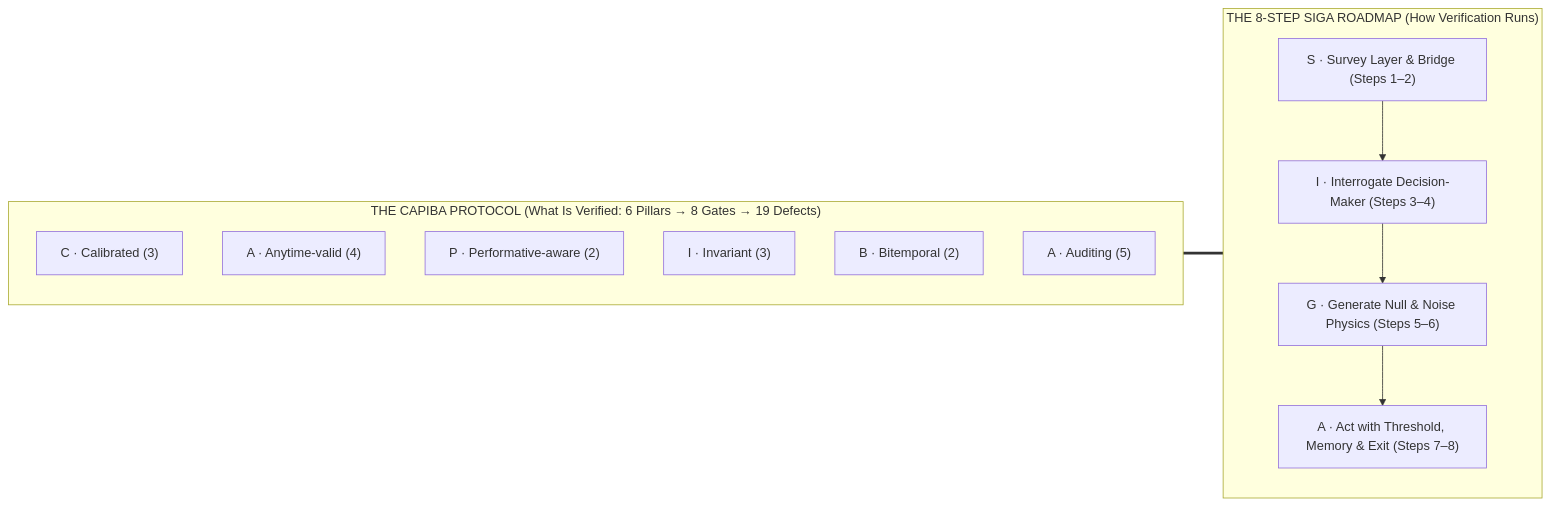
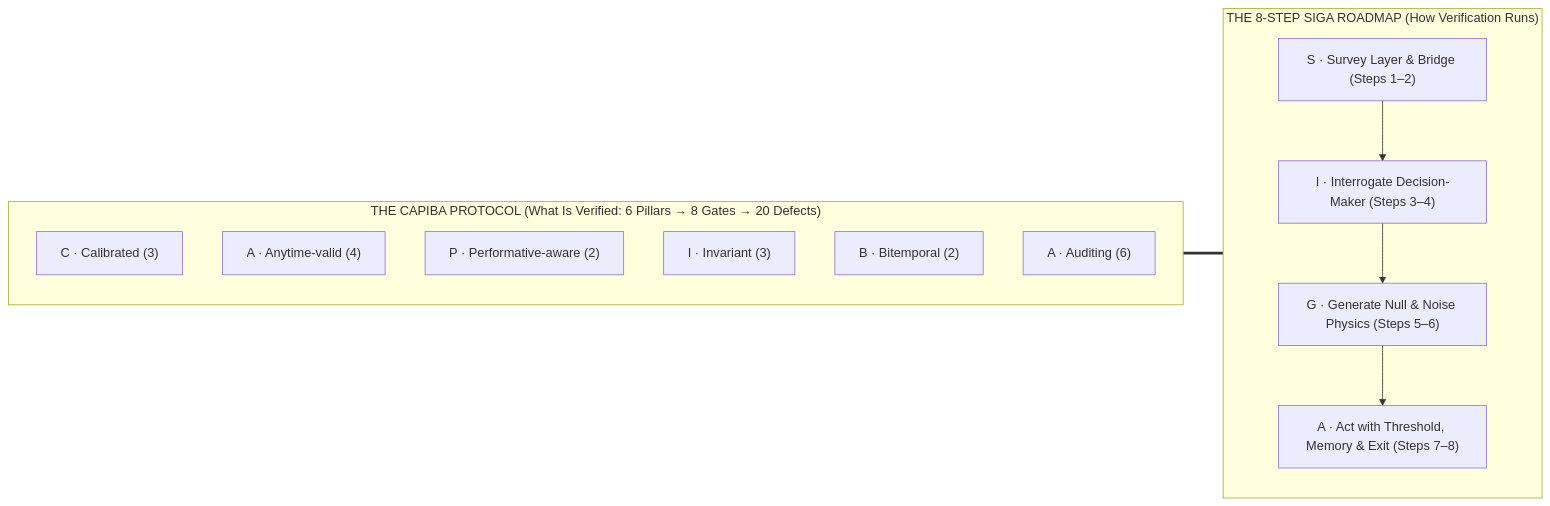
The diagram in book-src/00-preface.md (0b3st4f3r4/stochology), drawn with Mermaid before and after one commit. The commit also changed other lines of this file and 46 other files, not shown here.

Commit message:
docs(book,protocol): restructure textbook into 28 chapters across six pairs and sync CAPIBA contract

````diff
--- a/book-src/00-preface.md
+++ b/book-src/00-preface.md
@@ -99,19 +99,19 @@
 ```mermaid
 flowchart LR
-    subgraph CAPIBA["THE CAPIBA PROTOCOL (What Is Verified: 6 Pillars → 8 Gates → 19 Defects)"]
+    subgraph CAPIBA["THE CAPIBA PROTOCOL (What Is Verified: 6 Pillars → 8 Gates → 20 Defects)"]
         C1["C · Calibrated (3)"]
         A1["A · Anytime-valid (4)"]
         P1["P · Performative-aware (2)"]
         I1["I · Invariant (3)"]
         B1["B · Bitemporal (2)"]
-        A2["A · Auditing (5)"]
+        A2["A · Auditing (6)"]
     end
     subgraph SIGA["THE 8-STEP SIGA ROADMAP (How Verification Runs)"]
         S["S · Survey Layer & Bridge (Steps 1–2)"]
         I["I · Interrogate Decision-Maker (Steps 3–4)"]
         G["G · Generate Null & Noise Physics (Steps 5–6)"]
         A["A · Act with Threshold, Memory & Exit (Steps 7–8)"]
     end
     S --> I --> G --> A
     CAPIBA === SIGA
 ```
````
